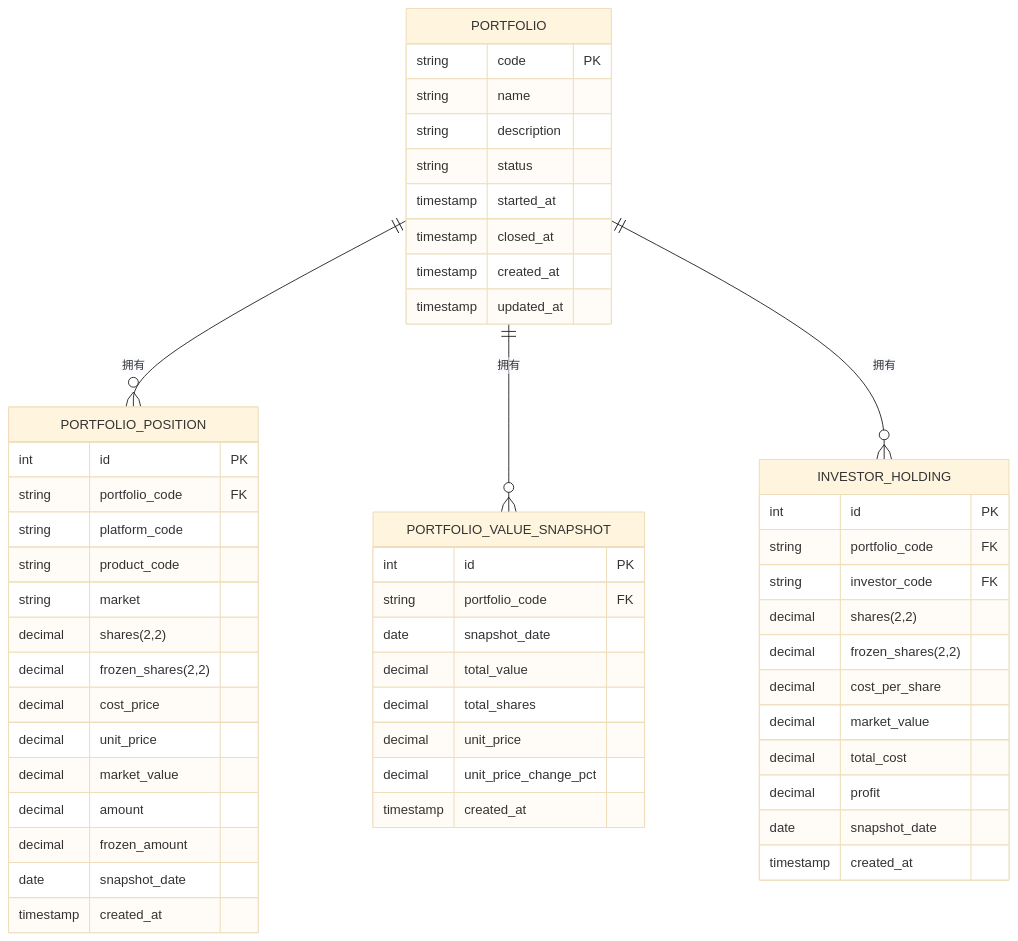
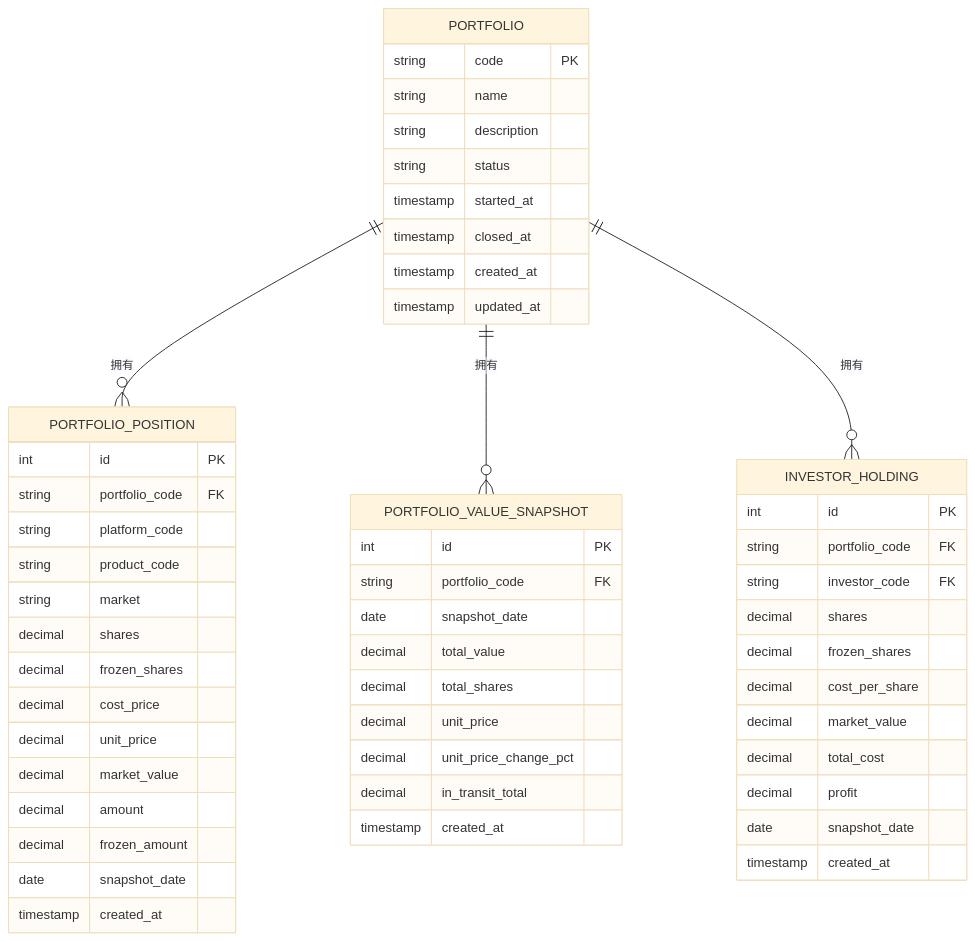
The fourth of 10 diagrams in .qoder/repowiki/zh/content/核心业务功能/投资组合管理.md (gujialind/InvestRing), drawn with Mermaid (base theme) before and after one commit. The commit also changed other lines of this file and 65 other files, not shown here.

````diff
--- a/.qoder/repowiki/zh/content/核心业务功能/投资组合管理.md
+++ b/.qoder/repowiki/zh/content/核心业务功能/投资组合管理.md
@@ -194,55 +173,56 @@
 ```mermaid
 erDiagram
 PORTFOLIO {
 string code PK
 string name
 string description
 string status
 timestamp started_at
 timestamp closed_at
 timestamp created_at
 timestamp updated_at
 }
 PORTFOLIO_POSITION {
 int id PK
 string portfolio_code FK
 string platform_code
 string product_code
 string market
-decimal shares(2,2)
-decimal frozen_shares(2,2)
+decimal shares
+decimal frozen_shares
 decimal cost_price
 decimal unit_price
 decimal market_value
 decimal amount
 decimal frozen_amount
 date snapshot_date
 timestamp created_at
 }
 PORTFOLIO_VALUE_SNAPSHOT {
 int id PK
 string portfolio_code FK
 date snapshot_date
 decimal total_value
 decimal total_shares
 decimal unit_price
 decimal unit_price_change_pct
+decimal in_transit_total
 timestamp created_at
 }
 INVESTOR_HOLDING {
 int id PK
 string portfolio_code FK
 string investor_code FK
-decimal shares(2,2)
-decimal frozen_shares(2,2)
+decimal shares
+decimal frozen_shares
 decimal cost_per_share
 decimal market_value
 decimal total_cost
 decimal profit
 date snapshot_date
 timestamp created_at
 }
 PORTFOLIO ||--o{ PORTFOLIO_POSITION : "拥有"
 PORTFOLIO ||--o{ PORTFOLIO_VALUE_SNAPSHOT : "拥有"
 PORTFOLIO ||--o{ INVESTOR_HOLDING : "拥有"
 ```
````
